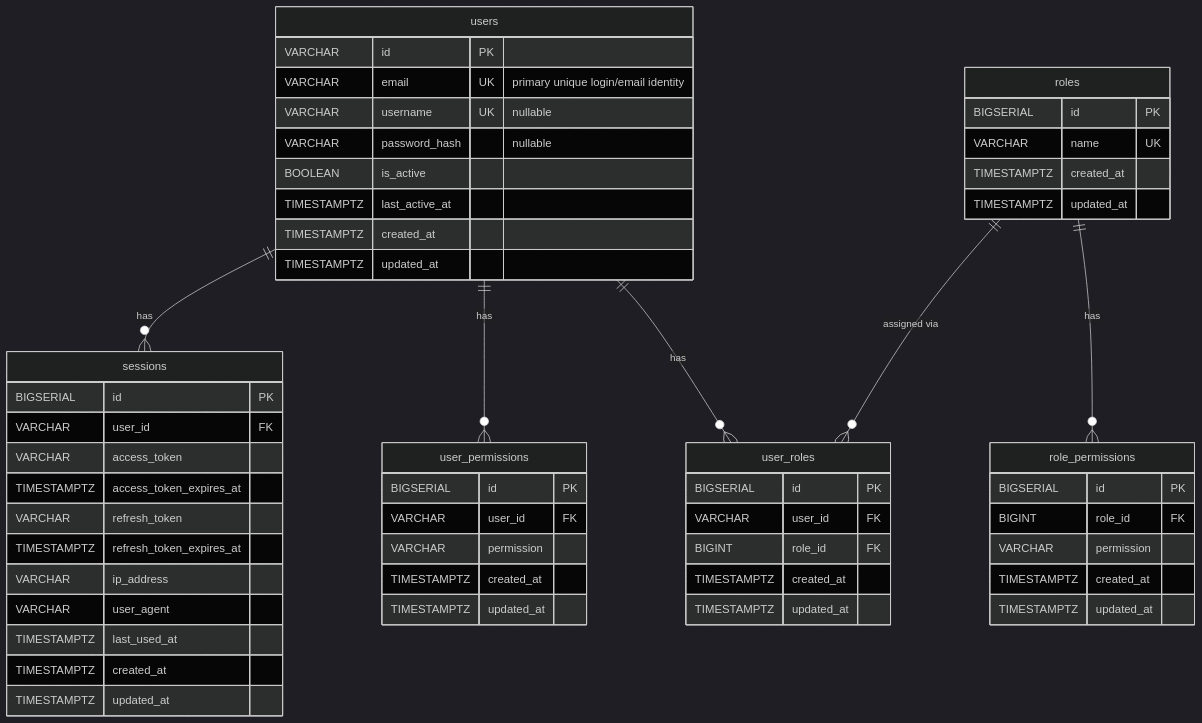
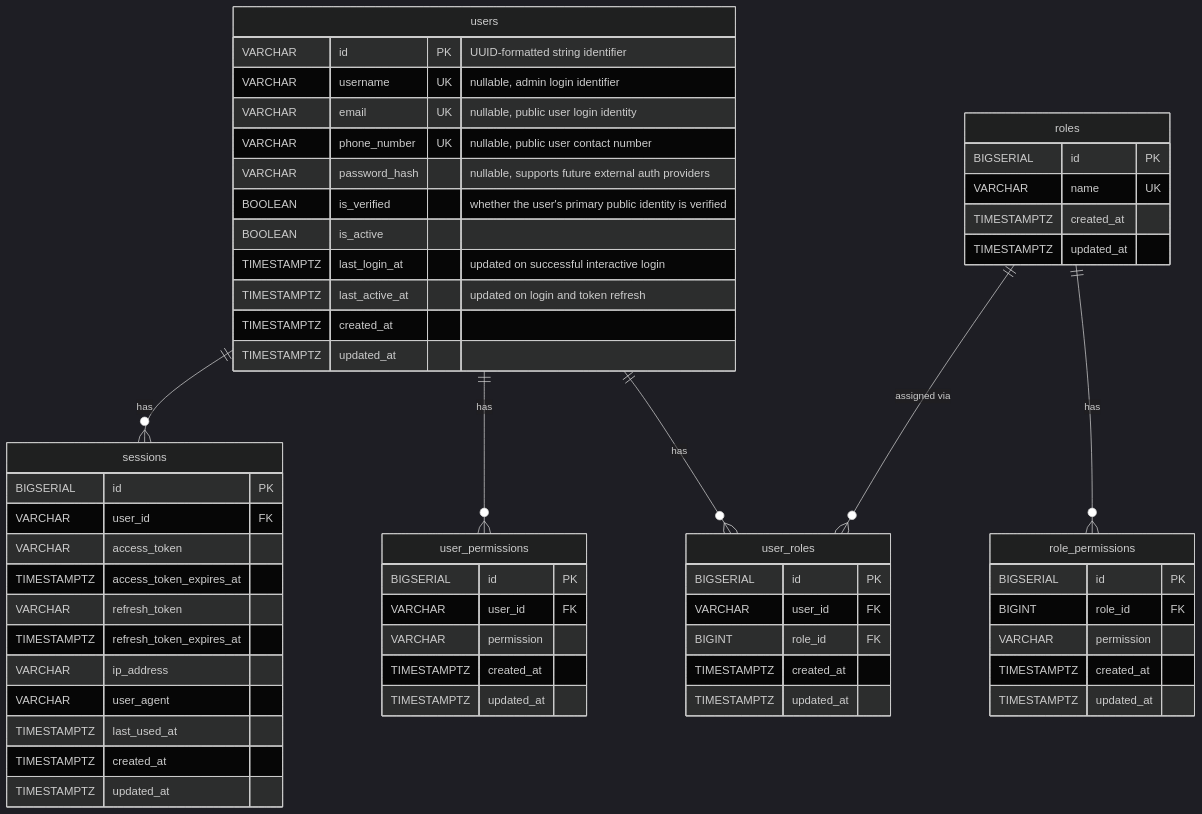
Before and after one commit to Jaxongir1006/ai-interview-prep-api: the diagram in docs/specs/modules/auth/ERD.md, drawn with Mermaid (dark theme). The commit also changed other lines of this file and 71 other files, not shown here.

````diff
--- a/docs/specs/modules/auth/ERD.md
+++ b/docs/specs/modules/auth/ERD.md
@@ -3,64 +3,67 @@
 ```mermaid
 erDiagram
     users {
-        VARCHAR id PK
-        VARCHAR email UK "primary unique login/email identity"
-        VARCHAR username UK "nullable"
-        VARCHAR password_hash "nullable"
+        VARCHAR id PK "UUID-formatted string identifier"
+        VARCHAR username UK "nullable, admin login identifier"
+        VARCHAR email UK "nullable, public user login identity"
+        VARCHAR phone_number UK "nullable, public user contact number"
+        VARCHAR password_hash "nullable, supports future external auth providers"
+        BOOLEAN is_verified "whether the user's primary public identity is verified"
         BOOLEAN is_active
-        TIMESTAMPTZ last_active_at
+        TIMESTAMPTZ last_login_at "updated on successful interactive login"
+        TIMESTAMPTZ last_active_at "updated on login and token refresh"
         TIMESTAMPTZ created_at
         TIMESTAMPTZ updated_at
     }
 
     roles {
         BIGSERIAL id PK
         VARCHAR name UK
         TIMESTAMPTZ created_at
         TIMESTAMPTZ updated_at
     }
 
     role_permissions {
         BIGSERIAL id PK
         BIGINT role_id FK
         VARCHAR permission
         TIMESTAMPTZ created_at
         TIMESTAMPTZ updated_at
     }
 
     user_roles {
         BIGSERIAL id PK
         VARCHAR user_id FK
         BIGINT role_id FK
         TIMESTAMPTZ created_at
         TIMESTAMPTZ updated_at
     }
 
     user_permissions {
         BIGSERIAL id PK
         VARCHAR user_id FK
         VARCHAR permission
         TIMESTAMPTZ created_at
         TIMESTAMPTZ updated_at
     }
 
     sessions {
         BIGSERIAL id PK
         VARCHAR user_id FK
         VARCHAR access_token
         TIMESTAMPTZ access_token_expires_at
         VARCHAR refresh_token
         TIMESTAMPTZ refresh_token_expires_at
         VARCHAR ip_address
         VARCHAR user_agent
         TIMESTAMPTZ last_used_at
         TIMESTAMPTZ created_at
         TIMESTAMPTZ updated_at
     }
 
     users ||--o{ user_roles : "has"
     users ||--o{ user_permissions : "has"
     users ||--o{ sessions : "has"
     roles ||--o{ role_permissions : "has"
     roles ||--o{ user_roles : "assigned via"
 ```
````
